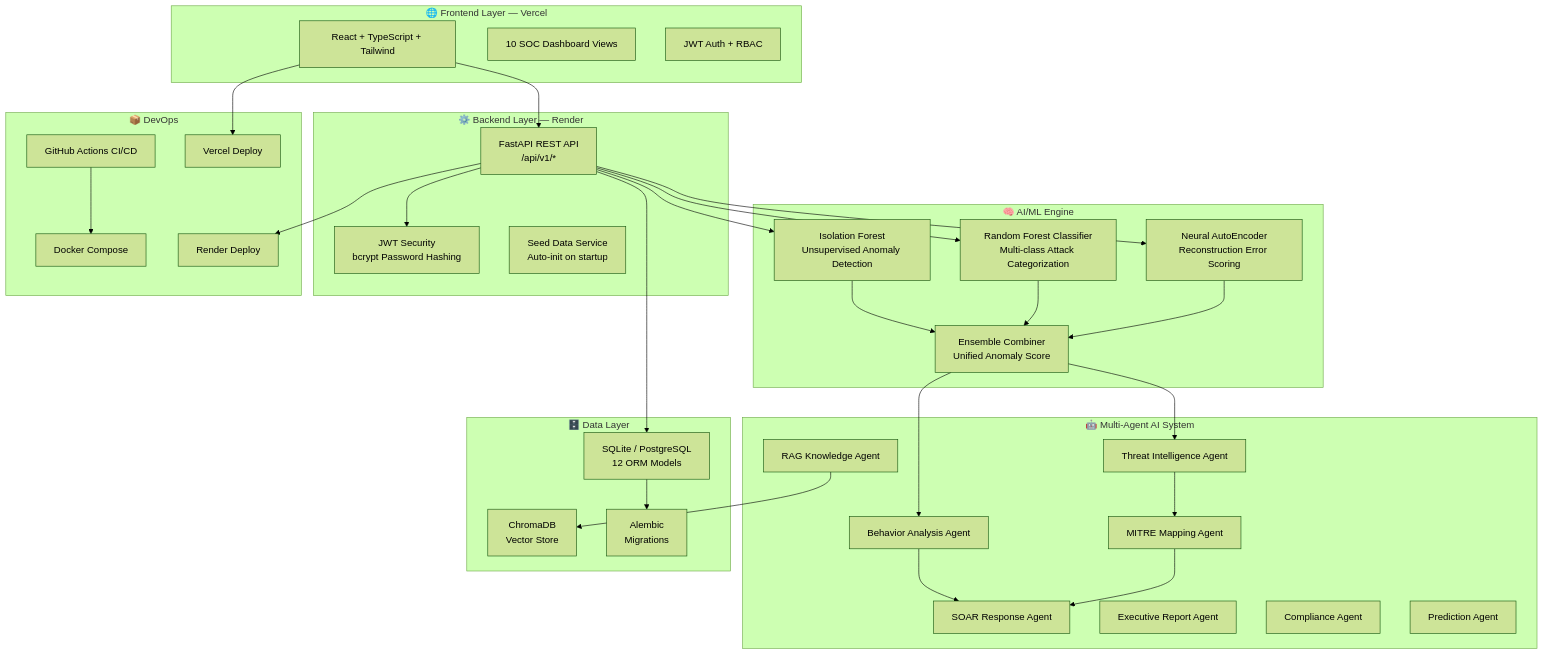
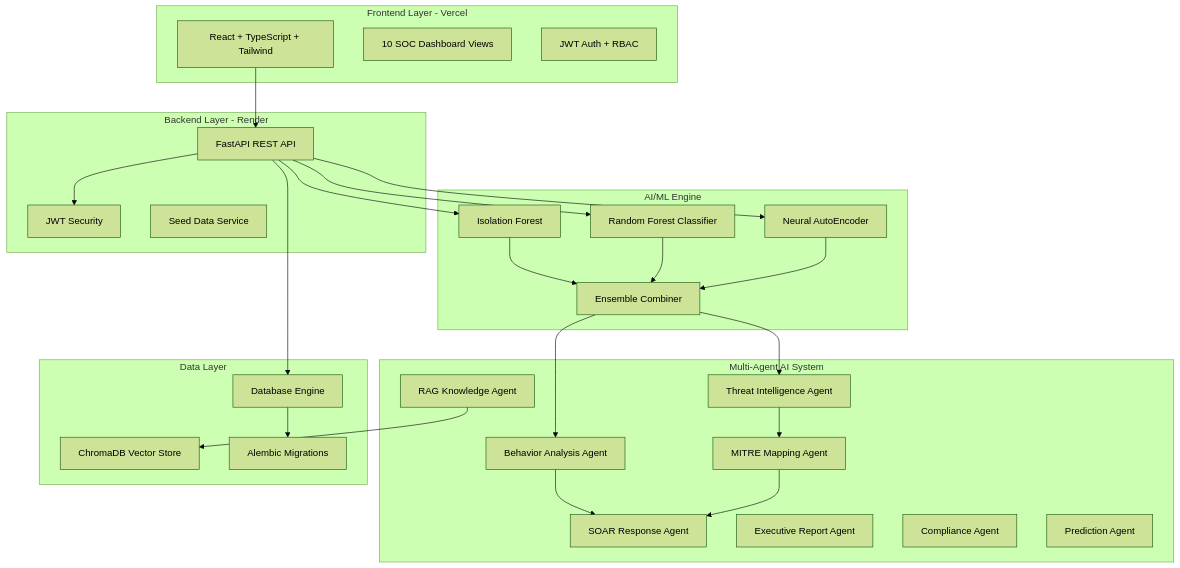
The first of 4 diagrams in README.md (Thirumal143200/ET-PS-7), drawn with Mermaid (forest theme) before and after one commit. The commit also changed other lines of this file, not shown here.

Commit message:
fix(readme): format Mermaid diagrams to strict GitHub Markdown syntax standards

````diff
--- a/README.md
+++ b/README.md
@@ -47,65 +47,55 @@
 ```mermaid
 graph TB
-    subgraph "🌐 Frontend Layer — Vercel"
+    subgraph Frontend Layer - Vercel
         UI[React + TypeScript + Tailwind]
-        Pages["10 SOC Dashboard Views"]
-        Auth["JWT Auth + RBAC"]
+        Pages[10 SOC Dashboard Views]
+        Auth[JWT Auth + RBAC]
     end
 
-    subgraph "⚙️ Backend Layer — Render"
-        API["FastAPI REST API<br/>/api/v1/*"]
-        SEC["JWT Security<br/>bcrypt Password Hashing"]
-        SEED["Seed Data Service<br/>Auto-init on startup"]
+    subgraph Backend Layer - Render
+        API[FastAPI REST API]
+        SEC[JWT Security]
+        SEED[Seed Data Service]
     end
 
-    subgraph "🧠 AI/ML Engine"
-        IF["Isolation Forest<br/>Unsupervised Anomaly Detection"]
-        RF["Random Forest Classifier<br/>Multi-class Attack Categorization"]
-        AE["Neural AutoEncoder<br/>Reconstruction Error Scoring"]
-        ENS["Ensemble Combiner<br/>Unified Anomaly Score"]
+    subgraph AI/ML Engine
+        IF[Isolation Forest]
+        RF[Random Forest Classifier]
+        AE[Neural AutoEncoder]
+        ENS[Ensemble Combiner]
     end
 
-    subgraph "🤖 Multi-Agent AI System"
-        BA["Behavior Analysis Agent"]
-        TI["Threat Intelligence Agent"]
-        MA["MITRE Mapping Agent"]
-        SR["SOAR Response Agent"]
-        ER["Executive Report Agent"]
-        CA["Compliance Agent"]
-        PA["Prediction Agent"]
-        RA["RAG Knowledge Agent"]
+    subgraph Multi-Agent AI System
+        BA[Behavior Analysis Agent]
+        TI[Threat Intelligence Agent]
+        MA[MITRE Mapping Agent]
+        SR[SOAR Response Agent]
+        ER[Executive Report Agent]
+        CA[Compliance Agent]
+        PA[Prediction Agent]
+        RA[RAG Knowledge Agent]
     end
 
-    subgraph "🗄️ Data Layer"
-        DB["SQLite / PostgreSQL<br/>12 ORM Models"]
-        VEC["ChromaDB<br/>Vector Store"]
-        ALM["Alembic<br/>Migrations"]
-    end
-
-    subgraph "📦 DevOps"
-        DC["Docker Compose"]
-        GH["GitHub Actions CI/CD"]
-        VL["Vercel Deploy"]
-        RD["Render Deploy"]
+    subgraph Data Layer
+        DB[Database Engine]
+        VEC[ChromaDB Vector Store]
+        ALM[Alembic Migrations]
     end
 
     UI --> API
     API --> SEC
     API --> IF
     API --> RF
     API --> AE
     IF --> ENS
     RF --> ENS
     AE --> ENS
     ENS --> BA
     ENS --> TI
     BA --> SR
     TI --> MA
     MA --> SR
     RA --> VEC
     API --> DB
     DB --> ALM
-    UI --> VL
-    API --> RD
-    GH --> DC
 ```
````
